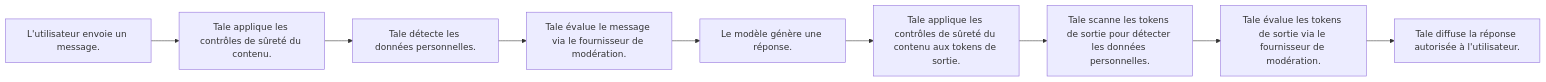
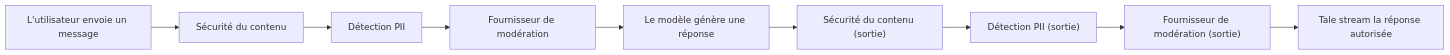
Before and after one commit to tale-project/tale: the diagram in docs/fr/platform/admin/governance.md, drawn with Mermaid. The commit also changed other lines of this file and 329 other files, not shown here.

````diff
--- a/docs/fr/platform/admin/governance.md
+++ b/docs/fr/platform/admin/governance.md
@@ -46,11 +54,11 @@
 ```mermaid
 flowchart LR
-  user["L'utilisateur envoie un message."] --> chatFilter["Tale applique les contrôles de sûreté du contenu."]
-  chatFilter --> pii["Tale détecte les données personnelles."]
-  pii --> moderation["Tale évalue le message via le fournisseur de modération."]
-  moderation --> model["Le modèle génère une réponse."]
-  model --> outChatFilter["Tale applique les contrôles de sûreté du contenu aux tokens de sortie."]
-  outChatFilter --> outPii["Tale scanne les tokens de sortie pour détecter les données personnelles."]
-  outPii --> outModeration["Tale évalue les tokens de sortie via le fournisseur de modération."]
-  outModeration --> reply["Tale diffuse la réponse autorisée à l'utilisateur."]
+  user["L'utilisateur envoie un message"] --> chatFilter["Sécurité du contenu"]
+  chatFilter --> pii["Détection PII"]
+  pii --> moderation["Fournisseur de modération"]
+  moderation --> model["Le modèle génère une réponse"]
+  model --> outChatFilter["Sécurité du contenu (sortie)"]
+  outChatFilter --> outPii["Détection PII (sortie)"]
+  outPii --> outModeration["Fournisseur de modération (sortie)"]
+  outModeration --> reply["Tale stream la réponse autorisée"]
 ```
````
